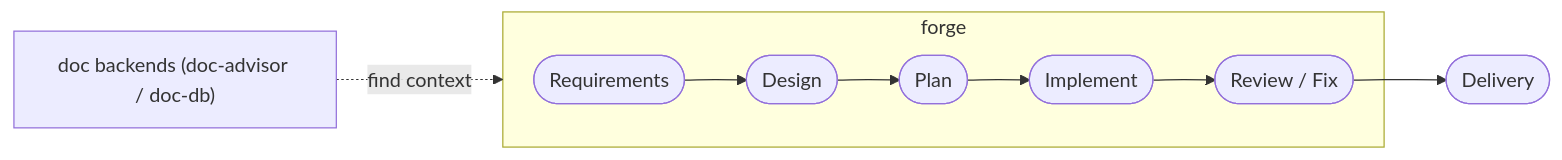
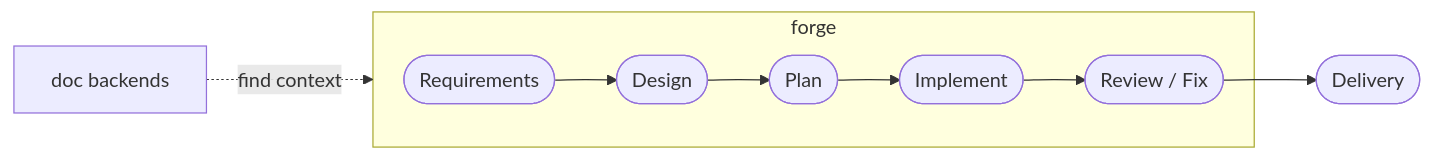
Before and after one commit to BlueEventHorizon/sdd-forge: the first of 2 diagrams in README_en.md, drawn with Mermaid. The commit also changed other lines of this file and 150 other files, not shown here.

````diff
--- a/README_en.md
+++ b/README_en.md
@@ -33,8 +28,8 @@
 ```mermaid
 flowchart LR
     subgraph forge
         R([Requirements]) --> D([Design]) --> P([Plan]) --> I([Implement]) --> RF([Review / Fix])
     end
     RF --> DL([Delivery])
-    DA["doc backends (doc-advisor / doc-db)"] -. find context .-> forge
+    DA["doc backends"] -. find context .-> forge
 ```
````
